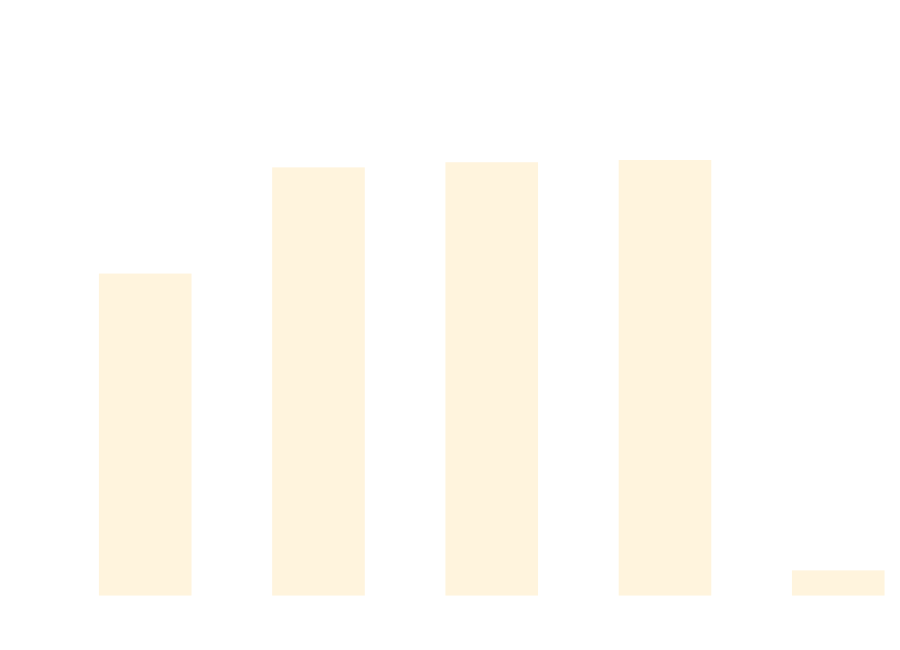
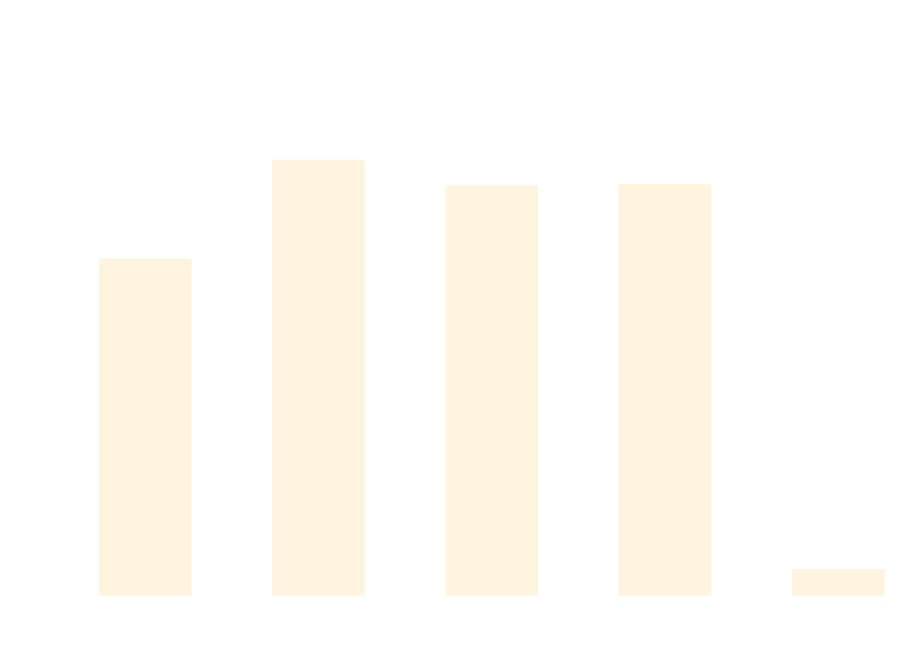
Before and after one commit to thomhurst/TUnit: the diagram in docs/docs/benchmarks/DataDrivenTests.md, drawn with Mermaid. The commit also changed other lines of this file and 17 other files, not shown here.

````diff
--- a/docs/docs/benchmarks/DataDrivenTests.md
+++ b/docs/docs/benchmarks/DataDrivenTests.md
@@ -27,37 +27,37 @@
 ```mermaid
 %%{init: {
   'theme':'base',
   'themeVariables': {
     'primaryColor': '#2563eb',
     'primaryTextColor': '#ffffff',
     'primaryBorderColor': '#1e40af',
     'lineColor': '#6b7280',
     'secondaryColor': '#7c3aed',
     'tertiaryColor': '#dc2626',
     'background': '#ffffff',
     'mainBkg': '#2563eb',
     'secondBkg': '#7c3aed',
     'tertiaryBkg': '#dc2626',
     'clusterBkg': '#f3f4f6',
     'edgeLabelBackground': '#ffffff',
     'tertiaryTextColor': '#1f2937',
     'pie1': '#2563eb',
     'pie2': '#7c3aed',
     'pie3': '#dc2626',
     'pie4': '#f59e0b',
     'pie5': '#10b981',
     'pie6': '#06b6d4',
     'pie7': '#ec4899',
     'pie8': '#6366f1',
     'pie9': '#84cc16',
     'pie10': '#f97316',
     'pie11': '#14b8a6',
     'pie12': '#a855f7'
   }
 }}%%
 xychart-beta
   title "DataDrivenTests Performance Comparison"
   x-axis ["TUnit", "NUnit", "MSTest", "xUnit3", "TUnit_AOT"]
-  y-axis "Time (ms)" 0 --> 830
-  bar [506.82, 679.19, 687.55, 691.2, 24.93]
+  y-axis "Time (ms)" 0 --> 797
+  bar [510.15, 664.02, 624.22, 625.91, 25.72]
 ```
````
